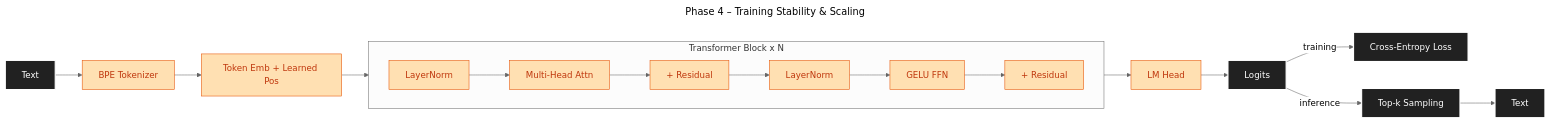
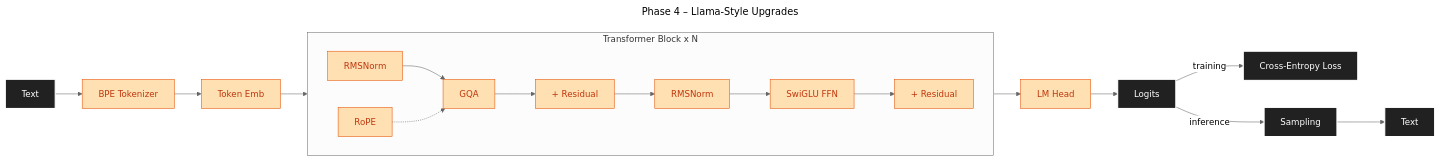
Before and after one commit to maxjbarfuss/max_llm: the third of 7 diagrams in docs/DESIGN.md, drawn with Mermaid (neutral theme). The commit also changed other lines of this file and 2 other files, not shown here.

First line of the commit message:
Consolidate phases 3+4 into single Phase 3, renumber 5-9 to 4-8

````diff
--- a/docs/DESIGN.md
+++ b/docs/DESIGN.md
@@ -48,16 +48,17 @@
 ```mermaid
 ---
-title: Phase 4 – Training Stability & Scaling
+title: Phase 4 – Llama-Style Upgrades
 ---
 graph LR
-    A[Text]:::io --> B[BPE Tokenizer]:::p4 --> C[Token Emb + Learned Pos]:::p4 --> Block
+    A[Text]:::io --> B[BPE Tokenizer]:::p4 --> C[Token Emb]:::p4 --> Block
     subgraph Block[Transformer Block x N]
         direction LR
-        D[LayerNorm]:::p4 --> E[Multi-Head Attn]:::p4 --> F[+ Residual]:::p4 --> G[LayerNorm]:::p4 --> H[GELU FFN]:::p4 --> I[+ Residual]:::p4
+        D[RMSNorm]:::p4 --> E[GQA]:::p4 --> F[+ Residual]:::p4 --> G[RMSNorm]:::p4 --> H[SwiGLU FFN]:::p4 --> I[+ Residual]:::p4
+        RoPE:::p4 -.-> E
     end
     Block --> J[LM Head]:::p4 --> K[Logits]:::io
     K -->|training| L[Cross-Entropy Loss]:::io
-    K -->|inference| M[Top-k Sampling]:::io --> N[Text]:::io
+    K -->|inference| M[Sampling]:::io --> N[Text]:::io
     classDef io fill:#212121,stroke:#FFFFFF,color:#FFFFFF,stroke-width:2px
     classDef p4 fill:#FFE0B2,stroke:#E65100,color:#BF360C
 ```
````
